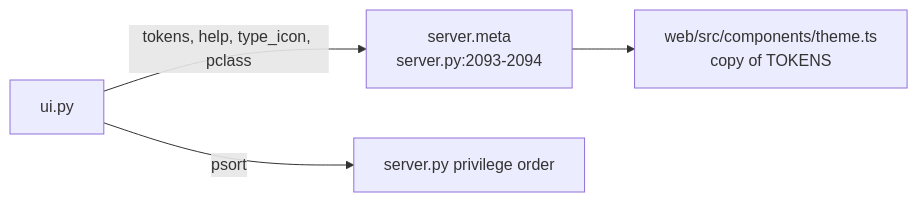
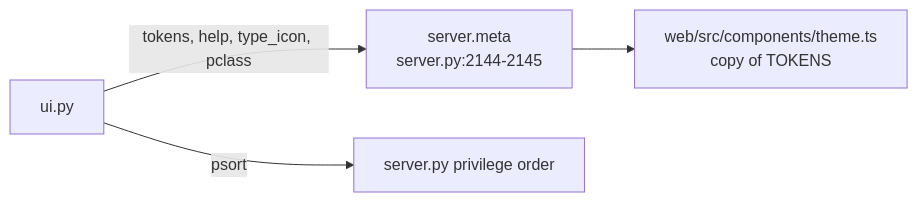
Before and after one commit to darshanmeel/snowflake-access-explorer: the diagram in snowflake-access-explorer-knowledge-graph/modules/ui.md, drawn with Mermaid. The commit also changed other lines of this file and 106 other files, not shown here.

First line of the commit message:
Docs and knowledge graph for Activity; setup verify expects 11 tables

````diff
--- a/snowflake-access-explorer-knowledge-graph/modules/ui.md
+++ b/snowflake-access-explorer-knowledge-graph/modules/ui.md
@@ -5,6 +6,6 @@
 ```mermaid
 flowchart LR
-  UI[ui.py] -->|tokens, help, type_icon, pclass| M[server.meta<br/>server.py:2093-2094]
+  UI[ui.py] -->|tokens, help, type_icon, pclass| M[server.meta<br/>server.py:2144-2145]
   M --> W[web/src/components/theme.ts<br/>copy of TOKENS]
   UI -->|psort| S[server.py privilege order]
 ```
````
